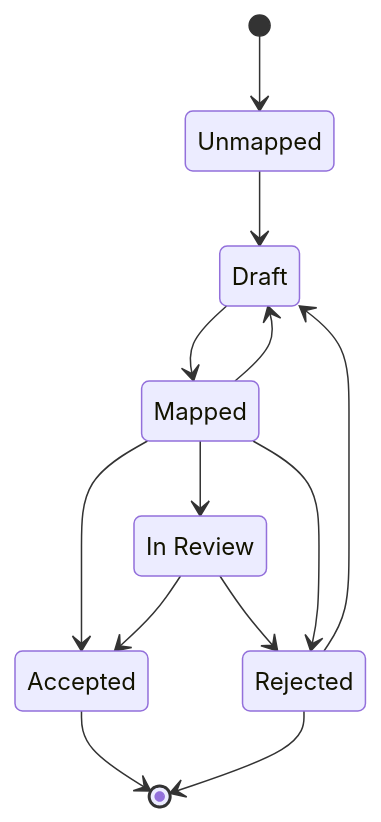
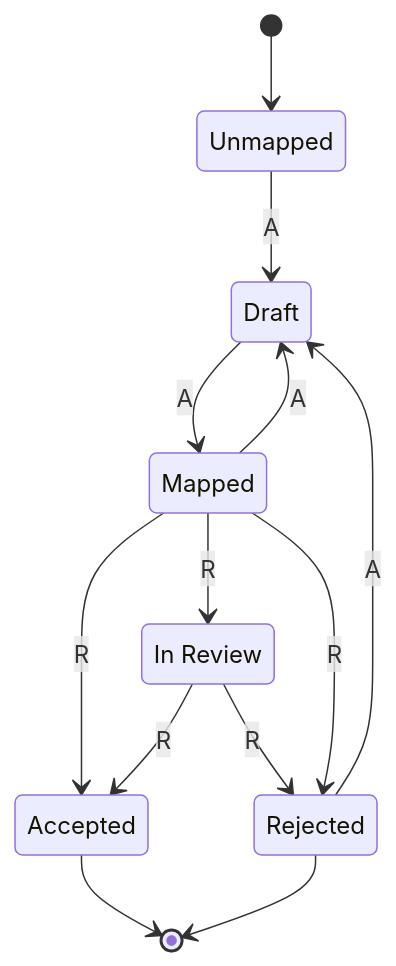
Before and after one commit to aehrc/snap2snomed: the second of 5 diagrams in workflow.md, drawn with Mermaid. The commit also changed other lines of this file, not shown here.

Commit message:
Enhanced? diagrams with role states

````diff
--- a/workflow.md
+++ b/workflow.md
@@ -22,24 +26,24 @@
 ```mermaid
 stateDiagram-v2
    direction TB
 
    U: Unmapped
    D: Draft
    M: Mapped
    I: In Review
    A: Accepted
    R: Rejected
 
    [*] --> U
-   U --> D
-   D --> M
-   M --> D
-   M --> I
-   M --> A
-   I --> A
-   I --> R
-   M --> R
+   U --> D : A
+   D --> M : A
+   M --> D : A
+   M --> I : R
+   M --> A : R
+   I --> A : R
+   I --> R : R
+   M --> R : R
    A --> [*]
    R --> [*]
-   R --> D
+   R --> D : A
 ```
````
